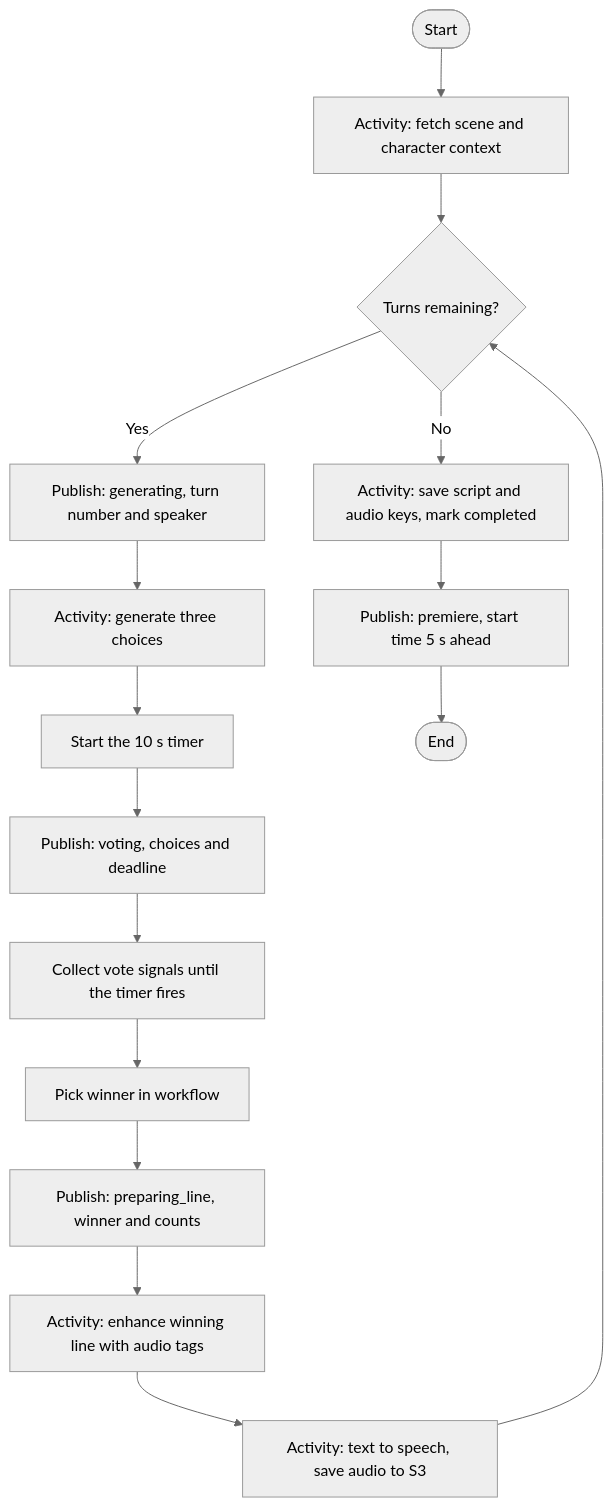
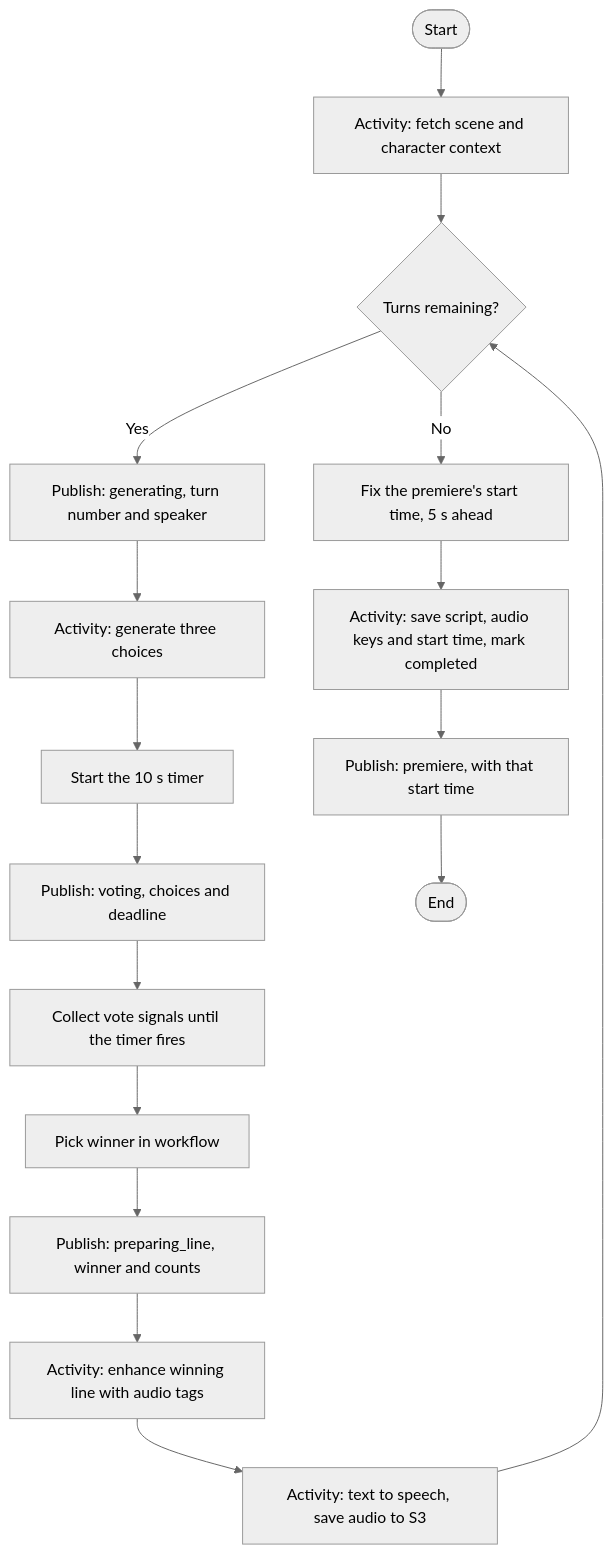
One commit to conghan-tay/MonsterTheatre_01 changed the second of 3 diagrams in docs/system-design.md. Above: the diagram before and after it, drawn with Mermaid (neutral theme). The commit also changed other lines of this file and 25 other files, not shown here.

````diff
--- a/docs/system-design.md
+++ b/docs/system-design.md
@@ -127,18 +127,19 @@
 ```mermaid
 flowchart TD
     Start([Start]) --> Fetch[Activity: fetch scene and character context]
     Fetch --> Loop{"Turns remaining?"}
     Loop -->|Yes| Turn[Publish: generating, turn number and speaker]
     Turn --> Gen[Activity: generate three choices]
     Gen --> Timer[Start the 10 s timer]
     Timer --> Open[Publish: voting, choices and deadline]
     Open --> Wait[Collect vote signals until the timer fires]
     Wait --> Pick[Pick winner in workflow]
     Pick --> Won[Publish: preparing_line, winner and counts]
     Won --> Tag[Activity: enhance winning line with audio tags]
     Tag --> Speak[Activity: text to speech, save audio to S3]
     Speak --> Loop
-    Loop -->|No| Save[Activity: save script and audio keys, mark completed]
-    Save --> Prem[Publish: premiere, start time 5 s ahead]
+    Loop -->|No| Fix[Fix the premiere's start time, 5 s ahead]
+    Fix --> Save[Activity: save script, audio keys and start time, mark completed]
+    Save --> Prem[Publish: premiere, with that start time]
     Prem --> End([End])
 ```
````
